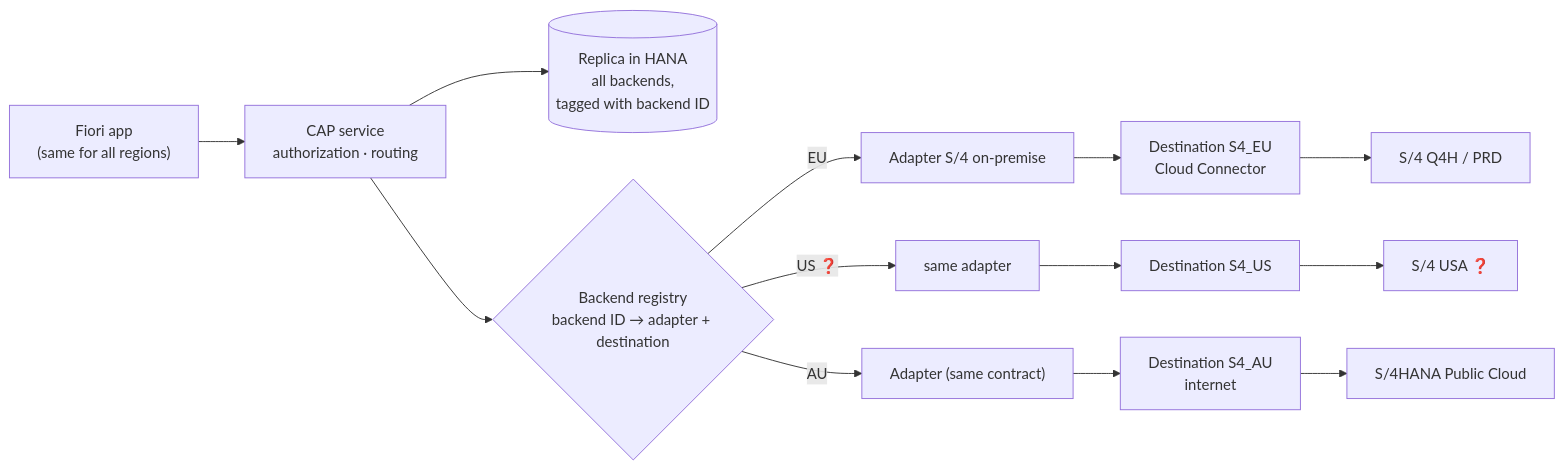
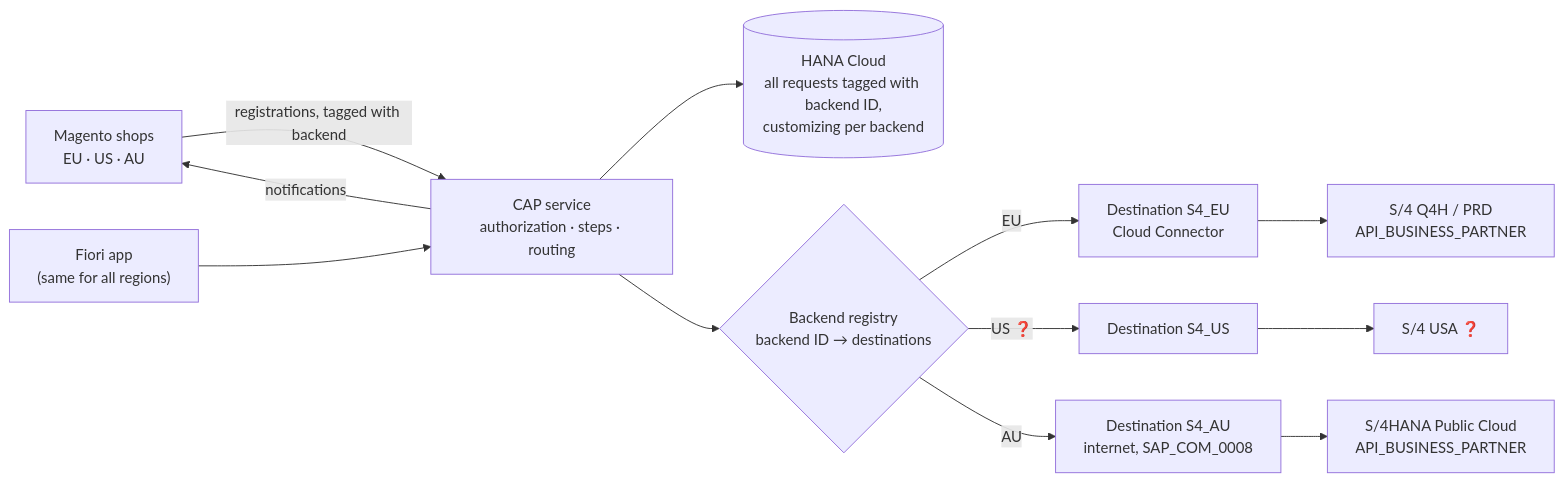
One commit to igorvorobevde/btp-cust-monitor changed the third of 4 diagrams in docs/11_design_review_hydac.md. Above: the diagram before and after it, drawn with Mermaid. The commit also changed other lines of this file and 10 other files, not shown here.

First line of the commit message:
docs: E-15 – BTP is the system of record, S/4 only via API_BUSINESS_PARTNER, no Z interfaces

````diff
--- a/docs/11_design_review_hydac.md
+++ b/docs/11_design_review_hydac.md
@@ -403,9 +409,11 @@
 ```mermaid
 flowchart LR
-  UI["Fiori app<br/>(same for all regions)"] --> CAP["CAP service<br/>authorization · routing"]
-  CAP --> R[("Replica in HANA<br/>all backends,<br/>tagged with backend ID")]
-  CAP --> REG{"Backend registry<br/>backend ID → adapter + destination"}
-  REG -->|EU| A1["Adapter S/4 on-premise"] --> D1["Destination S4_EU<br/>Cloud Connector"] --> B1["S/4 Q4H / PRD"]
-  REG -->|US ❓| A2["same adapter"] --> D2["Destination S4_US"] --> B2["S/4 USA ❓"]
-  REG -->|AU| A3["Adapter (same contract)"] --> D3["Destination S4_AU<br/>internet"] --> B3["S/4HANA Public Cloud"]
+  MAG["Magento shops<br/>EU · US · AU"] -->|registrations, tagged with backend| CAP
+  UI["Fiori app<br/>(same for all regions)"] --> CAP["CAP service<br/>authorization · steps · routing"]
+  CAP --> H[("HANA Cloud<br/>all requests tagged with backend ID,<br/>customizing per backend")]
+  CAP --> REG{"Backend registry<br/>backend ID → destinations"}
+  REG -->|EU| D1["Destination S4_EU<br/>Cloud Connector"] --> B1["S/4 Q4H / PRD<br/>API_BUSINESS_PARTNER"]
+  REG -->|US ❓| D2["Destination S4_US"] --> B2["S/4 USA ❓"]
+  REG -->|AU| D3["Destination S4_AU<br/>internet, SAP_COM_0008"] --> B3["S/4HANA Public Cloud<br/>API_BUSINESS_PARTNER"]
+  CAP -->|notifications| MAG
 ```
````
